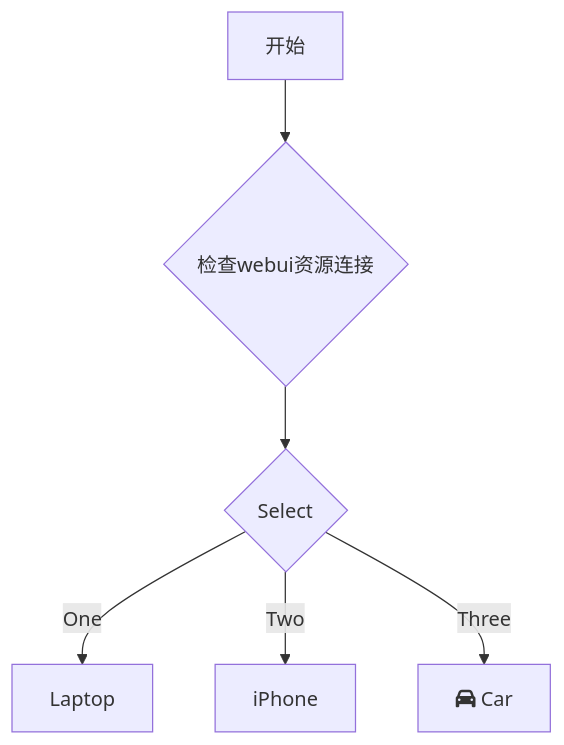
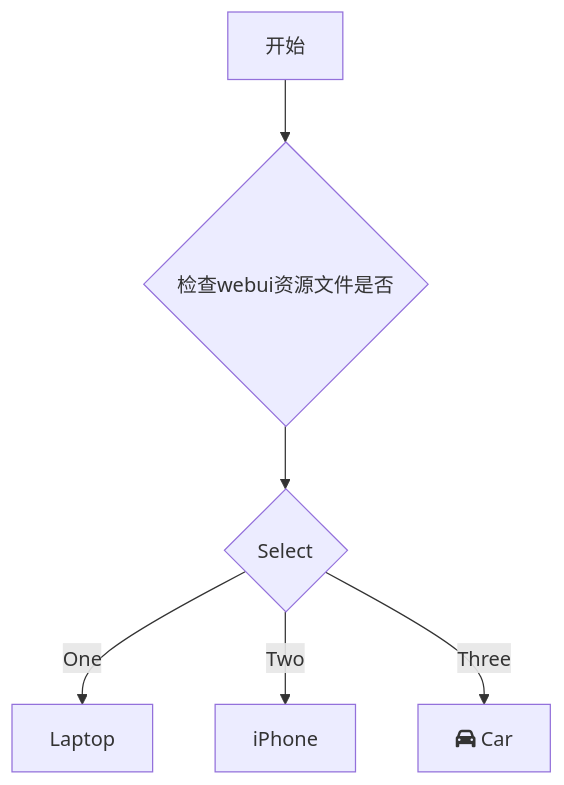
The diagram in all/未命名.md (HaleyCoder/iodraw-files), drawn with Mermaid before and after one commit.

Commit message:
2024-08-29 14:34:07 update

````diff
--- a/all/未命名.md
+++ b/all/未命名.md
@@ -1,9 +1,9 @@
 ```mermaid
 graph TD
-    A[开始] --> B{检查webui资源连接}
+    A[开始] --> B{检查webui资源文件是否}
     B --> C{Select}
     C -->|One| D[Laptop]
     C -->|Two| E[iPhone]
     C -->|Three| F[fa:fa-car Car]
   
 ```
````
